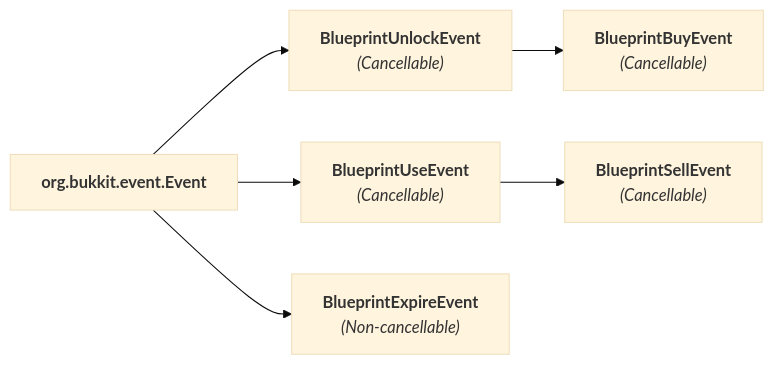
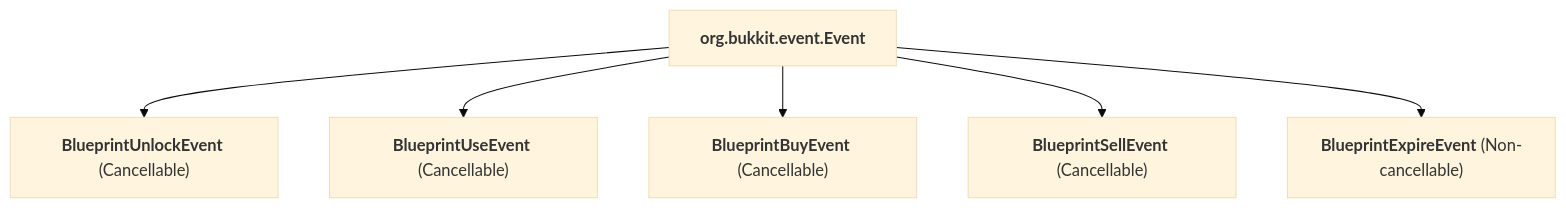
One commit to XZtotal/CraftingBlueprints-Wiki changed the diagram in docs/operations/developer-api.md. Above: the diagram before and after it, drawn with Mermaid (base theme). The commit also changed 31 other files, not shown here.

Commit message:
style(docs): optimize diagram proportions, center all diagrams, and fix table padding

````diff
--- a/docs/operations/developer-api.md
+++ b/docs/operations/developer-api.md
@@ -65,7 +65,9 @@
 ```mermaid
-flowchart LR
+flowchart TD
     Event["<b>org.bukkit.event.Event</b>"]
-    Event --> Unlock["<b>BlueprintUnlockEvent</b><br/><i>(Cancellable)</i>"] --> Buy["<b>BlueprintBuyEvent</b><br/><i>(Cancellable)</i>"]
-    Event --> Use["<b>BlueprintUseEvent</b><br/><i>(Cancellable)</i>"] --> Sell["<b>BlueprintSellEvent</b><br/><i>(Cancellable)</i>"]
-    Event --> Expire["<b>BlueprintExpireEvent</b><br/><i>(Non-cancellable)</i>"]
+    Event --> Unlock["<b>BlueprintUnlockEvent</b> (Cancellable)"]
+    Event --> Use["<b>BlueprintUseEvent</b> (Cancellable)"]
+    Event --> Buy["<b>BlueprintBuyEvent</b> (Cancellable)"]
+    Event --> Sell["<b>BlueprintSellEvent</b> (Cancellable)"]
+    Event --> Expire["<b>BlueprintExpireEvent</b> (Non-cancellable)"]
 ```
````
